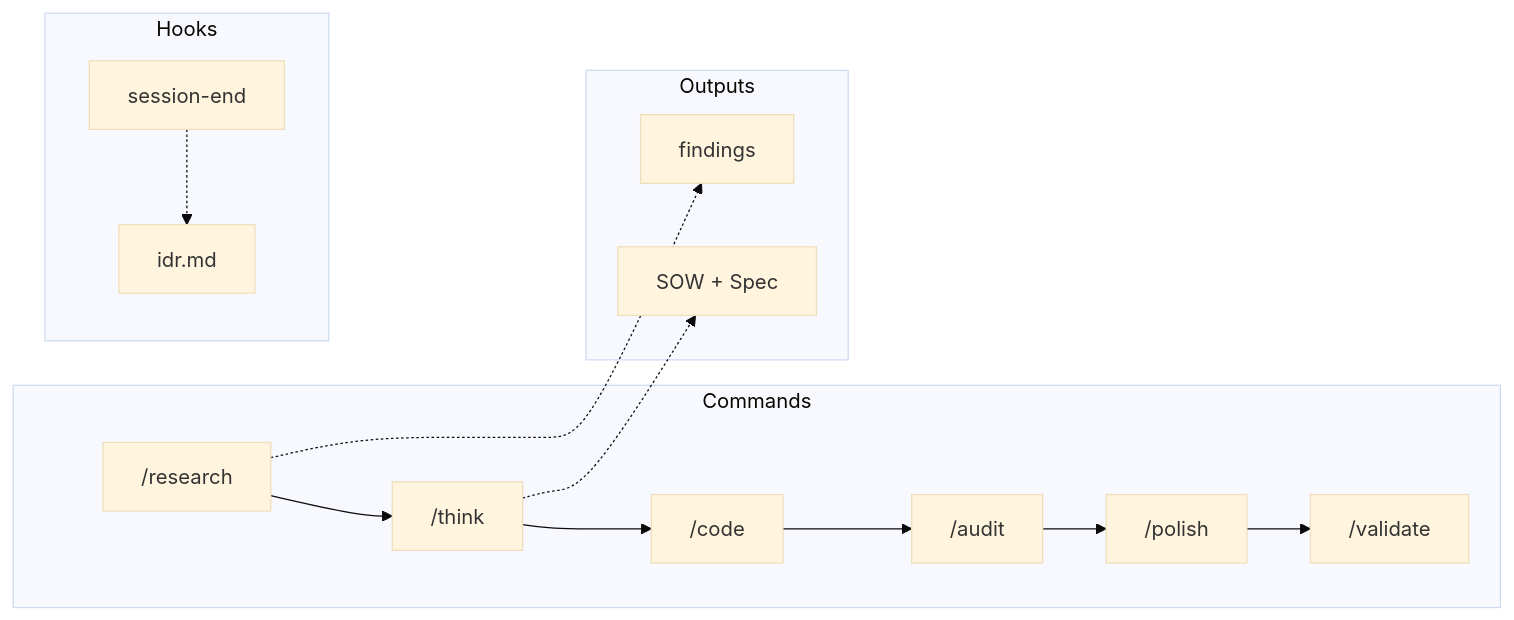
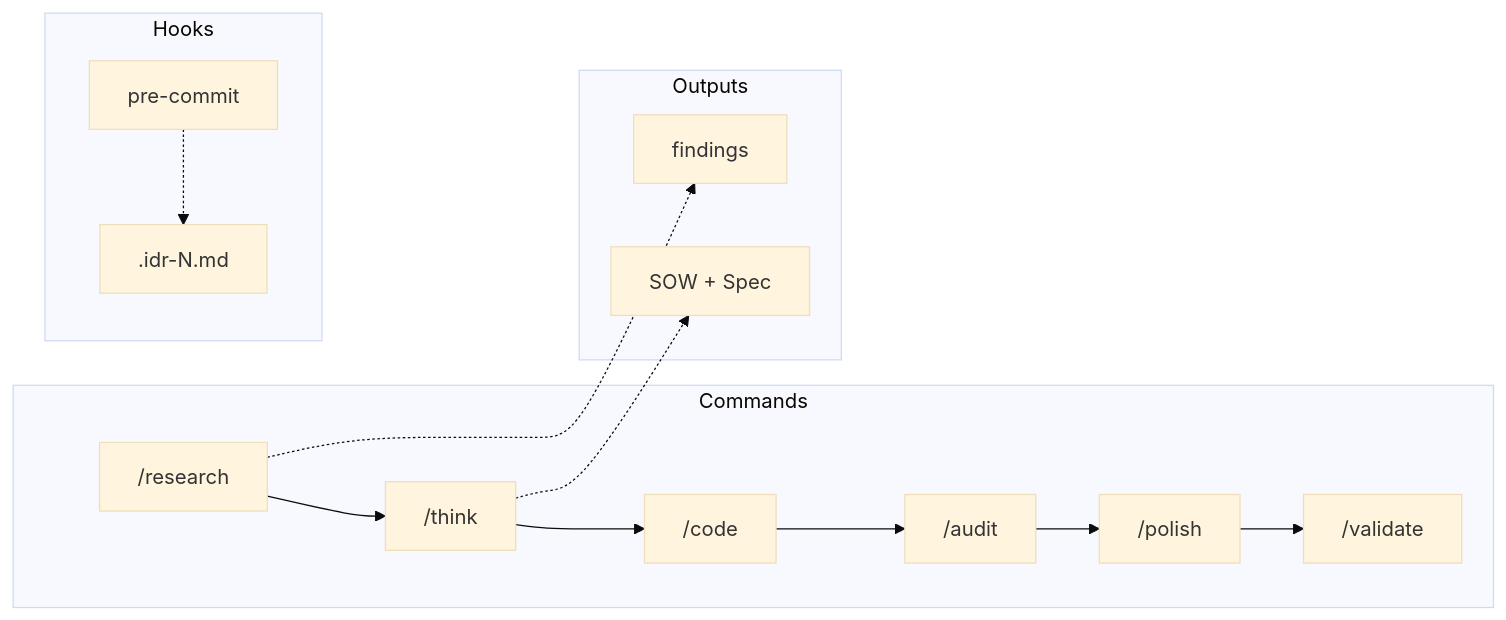
One commit to thkt/dotclaude changed the diagram in .ja/templates/README.md. Above: the diagram before and after it, drawn with Mermaid (base theme). The commit also changed other lines of this file and 30 other files, not shown here.

````diff
--- a/.ja/templates/README.md
+++ b/.ja/templates/README.md
@@ -7,13 +7,13 @@
 ```mermaid
 flowchart LR
     subgraph Commands
         R["/research"] --> T["/think"] --> C["/code"] --> A["/audit"] --> P["/polish"] --> V["/validate"]
     end
     subgraph Outputs
         R -.-> F[findings]
         T -.-> S["SOW + Spec"]
     end
     subgraph Hooks
-        SE[session-end] -.-> IDR[idr.md]
+        PC[pre-commit] -.-> IDR[.idr-N.md]
     end
 ```
````
